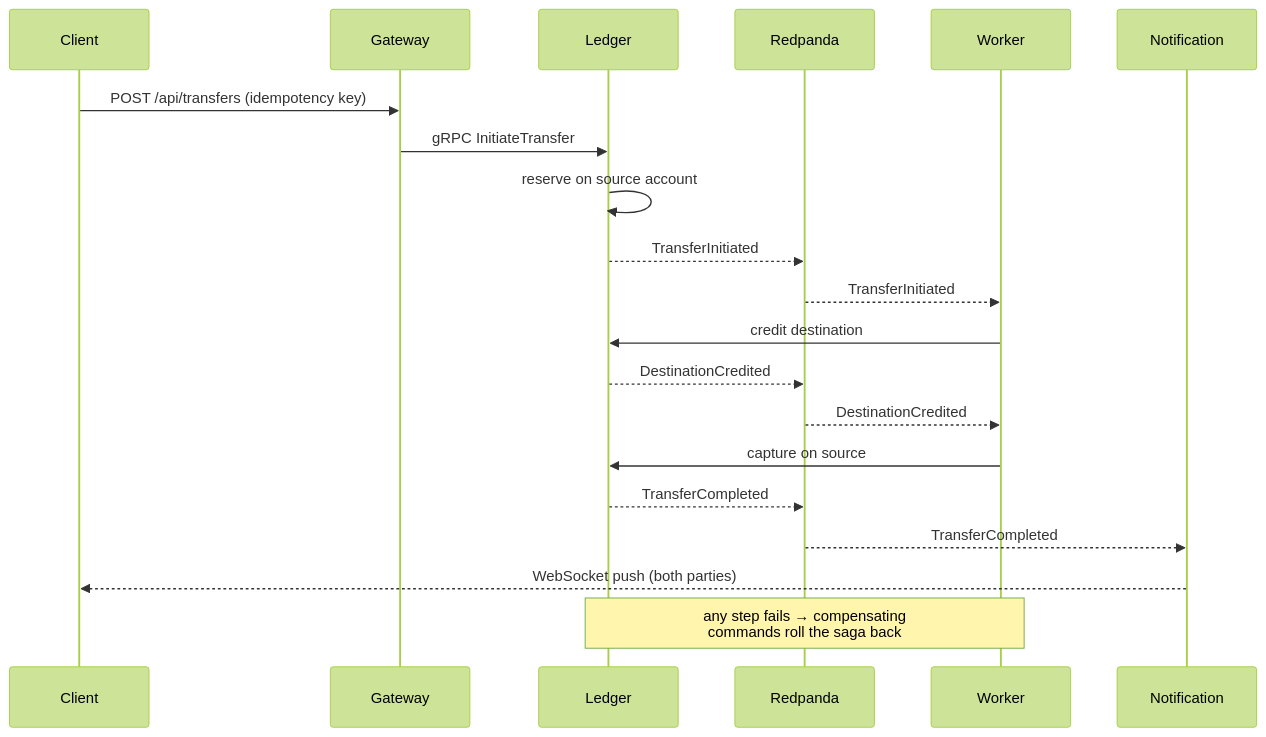
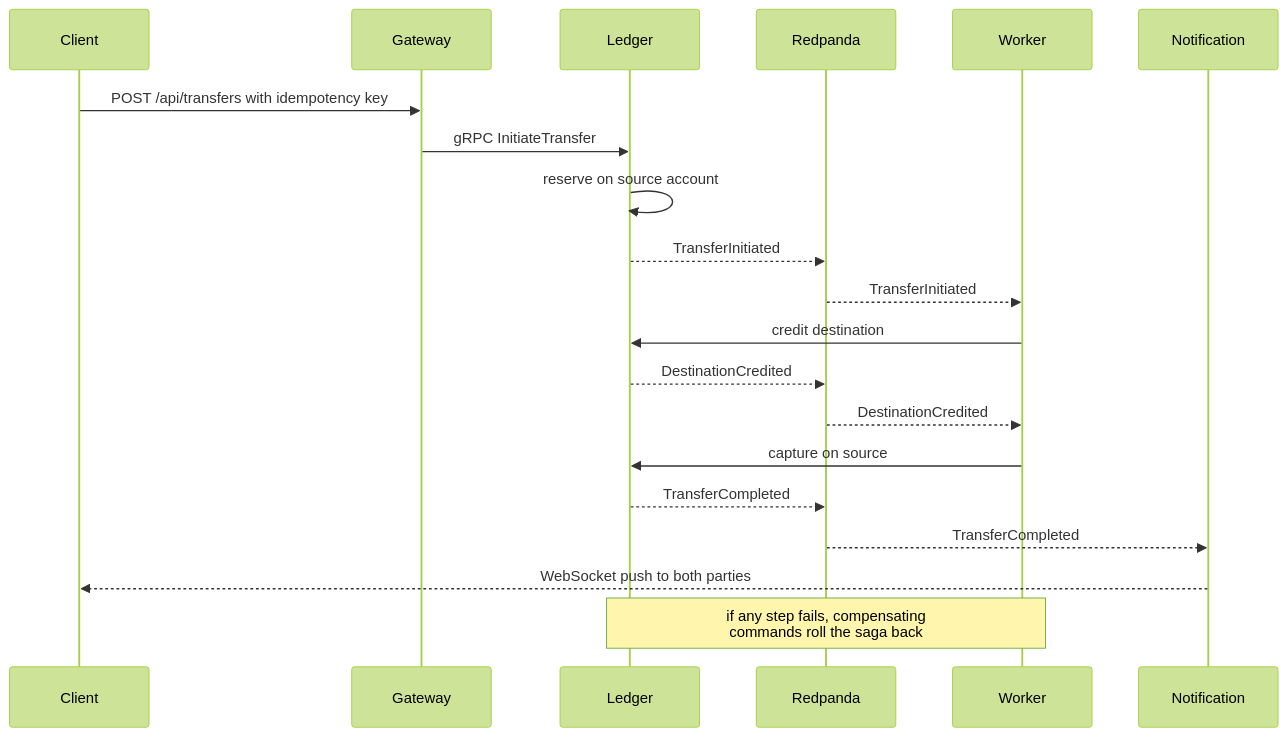
The second of 2 diagrams in README.md (mansiverma897993/Atlas), drawn with Mermaid (forest theme) before and after one commit. The commit also changed other lines of this file and 2 other files, not shown here.

First line of the commit message:
Fix CI failures and GitHub Mermaid rendering

````diff
--- a/README.md
+++ b/README.md
@@ -85,23 +85,23 @@
 ```mermaid
 sequenceDiagram
     participant Client
     participant Gateway
     participant Ledger
     participant Bus as Redpanda
     participant Worker
     participant Notification
 
-    Client->>Gateway: POST /api/transfers (idempotency key)
+    Client->>Gateway: POST /api/transfers with idempotency key
     Gateway->>Ledger: gRPC InitiateTransfer
     Ledger->>Ledger: reserve on source account
     Ledger-->>Bus: TransferInitiated
     Bus-->>Worker: TransferInitiated
     Worker->>Ledger: credit destination
     Ledger-->>Bus: DestinationCredited
     Bus-->>Worker: DestinationCredited
     Worker->>Ledger: capture on source
     Ledger-->>Bus: TransferCompleted
     Bus-->>Notification: TransferCompleted
-    Notification-->>Client: WebSocket push (both parties)
-    Note over Worker,Ledger: any step fails → compensating<br/>commands roll the saga back
+    Notification-->>Client: WebSocket push to both parties
+    Note over Worker,Ledger: if any step fails, compensating<br>commands roll the saga back
 ```
````
